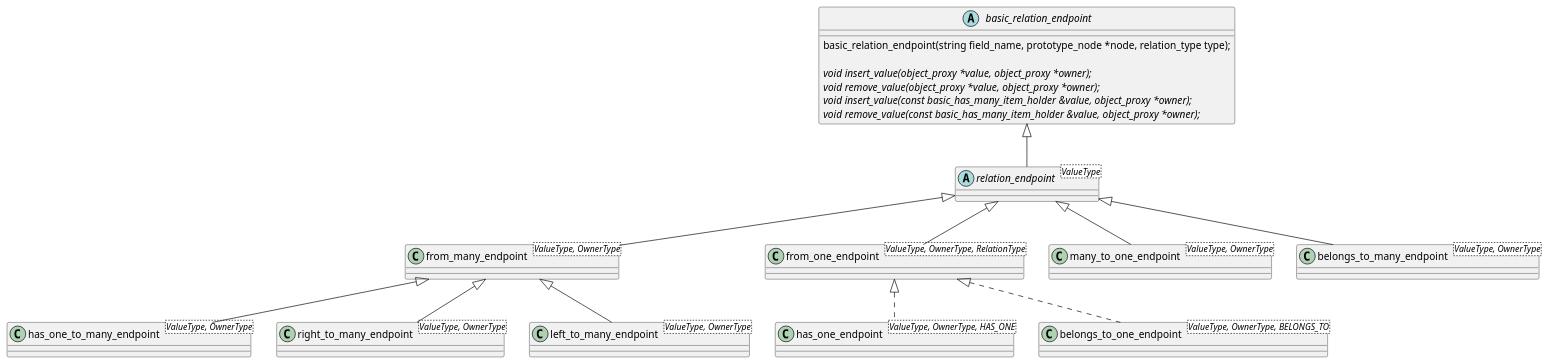
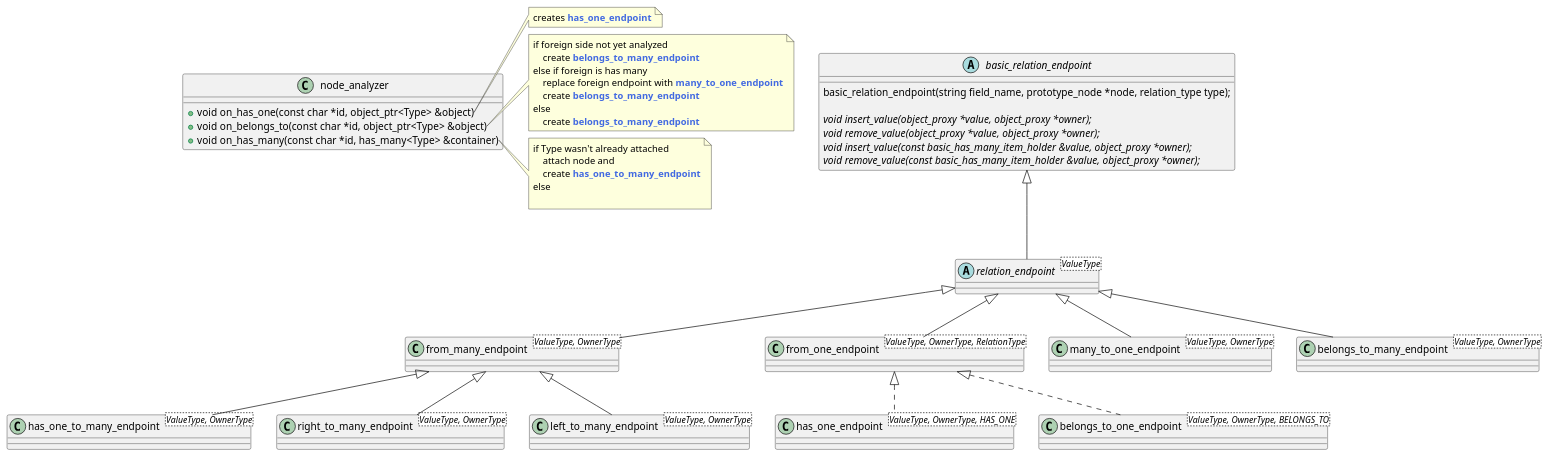
The diagram in include/matador/object/releation.puml (zussel/matador), drawn with PlantUML before and after one commit.

Commit message:
progress on relation endpoint overview

```diff
--- a/include/matador/object/releation.puml
+++ b/include/matador/object/releation.puml
@@ -1,71 +1,98 @@
 @startuml
 'https://plantuml.com/class-diagram
 
 'enum relation_type {
 'BELONGS_TO
 'HAS_ONE
 'HAS_MANY
 '}
 
 abstract class basic_relation_endpoint
 {
     basic_relation_endpoint(string field_name, prototype_node *node, relation_type type);
 
     {abstract} void insert_value(object_proxy *value, object_proxy *owner);
     {abstract} void remove_value(object_proxy *value, object_proxy *owner);
     {abstract} void insert_value(const basic_has_many_item_holder &value, object_proxy *owner);
     {abstract} void remove_value(const basic_has_many_item_holder &value, object_proxy *owner);
 }
 
 
 abstract class relation_endpoint<ValueType>
 
 class from_many_endpoint<ValueType, OwnerType>
 class from_one_endpoint<ValueType, OwnerType, RelationType>
 
 class has_one_endpoint<ValueType, OwnerType, HAS_ONE> implements from_one_endpoint
 class belongs_to_one_endpoint<ValueType, OwnerType, BELONGS_TO> implements from_one_endpoint
 
 class many_to_one_endpoint<ValueType, OwnerType>
 class belongs_to_many_endpoint<ValueType, OwnerType>
 
 together {
 class left_to_many_endpoint<ValueType, OwnerType>
 class right_to_many_endpoint<ValueType, OwnerType>
 class has_one_to_many_endpoint<ValueType, OwnerType>
 }
 
 basic_relation_endpoint <|-- relation_endpoint
 relation_endpoint <|-- from_many_endpoint
 relation_endpoint <|-- from_one_endpoint
 relation_endpoint <|-- many_to_one_endpoint
 relation_endpoint <|-- belongs_to_many_endpoint
 
 from_many_endpoint <|-- left_to_many_endpoint
 from_many_endpoint <|-- right_to_many_endpoint
 from_many_endpoint <|-- has_one_to_many_endpoint
 
+class node_analyzer {
++ void on_has_one(const char *id, object_ptr<Type> &object)
++ void on_belongs_to(const char *id, object_ptr<Type> &object)
++ void on_has_many(const char *id, has_many<Type> &container)
+}
+note right of node_analyzer::on_has_one
+    creates <b><color:royalBlue>has_one_endpoint</color>
+end note
+
+note right of node_analyzer::on_belongs_to
+    if foreign side not yet analyzed
+        create <b><color:royalBlue>belongs_to_many_endpoint</color>
+    else if foreign is has many
+        replace foreign endpoint with <b><color:royalBlue>many_to_one_endpoint</color>
+        create <b><color:royalBlue>belongs_to_many_endpoint</color>
+    else
+        create <b><color:royalBlue>belongs_to_many_endpoint</color>
+end note
+
+note right of node_analyzer::on_has_many
+    if Type wasn't already attached
+        attach node and
+        create <b><color:royalBlue>has_one_to_many_endpoint</color>
+    else
+
+end note
+
 'abstract class AbstractList
 'abstract AbstractCollection
 'interface List
 'interface Collection
 '
 'List <|-- AbstractList
 'Collection <|-- AbstractCollection
 '
 'Collection <|- List
 'AbstractCollection <|- AbstractList
 'AbstractList <|-- ArrayList
 '
 'class ArrayList {
 'Object[] elementData
 'size()
 '}
 '
 'enum TimeUnit {
 'DAYS
 'HOURS
 'MINUTES
 '}
 
 @enduml
```
